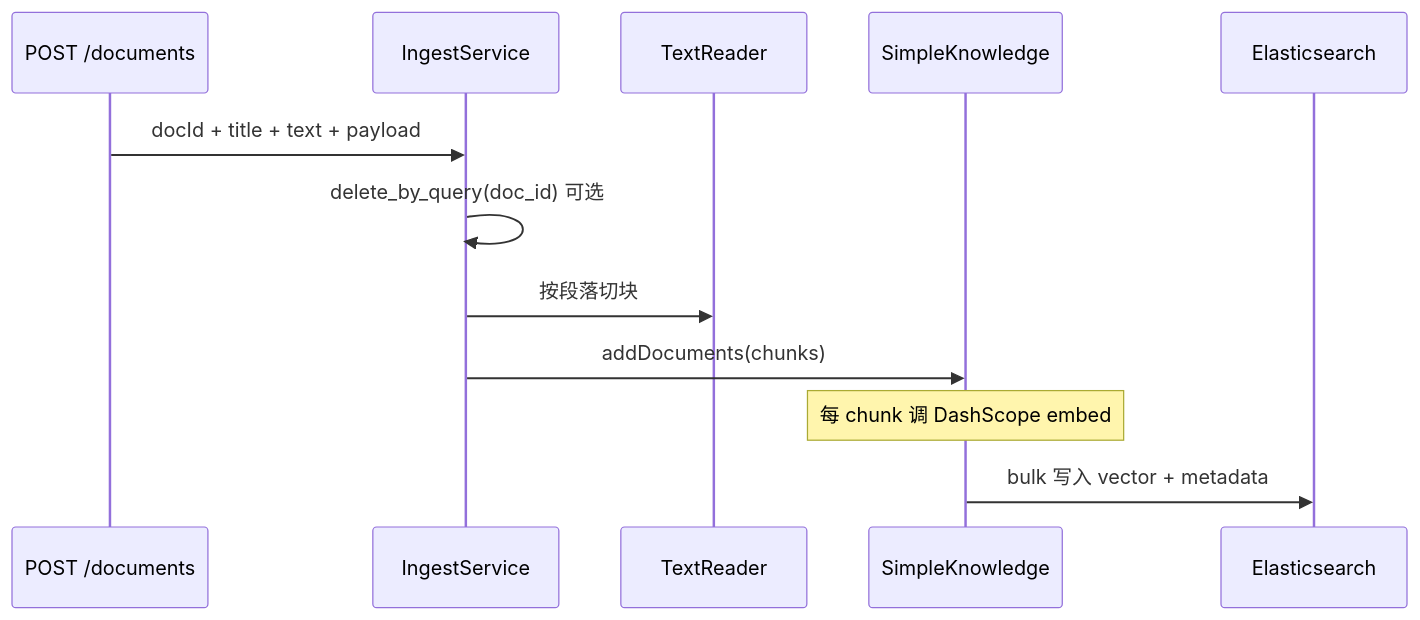
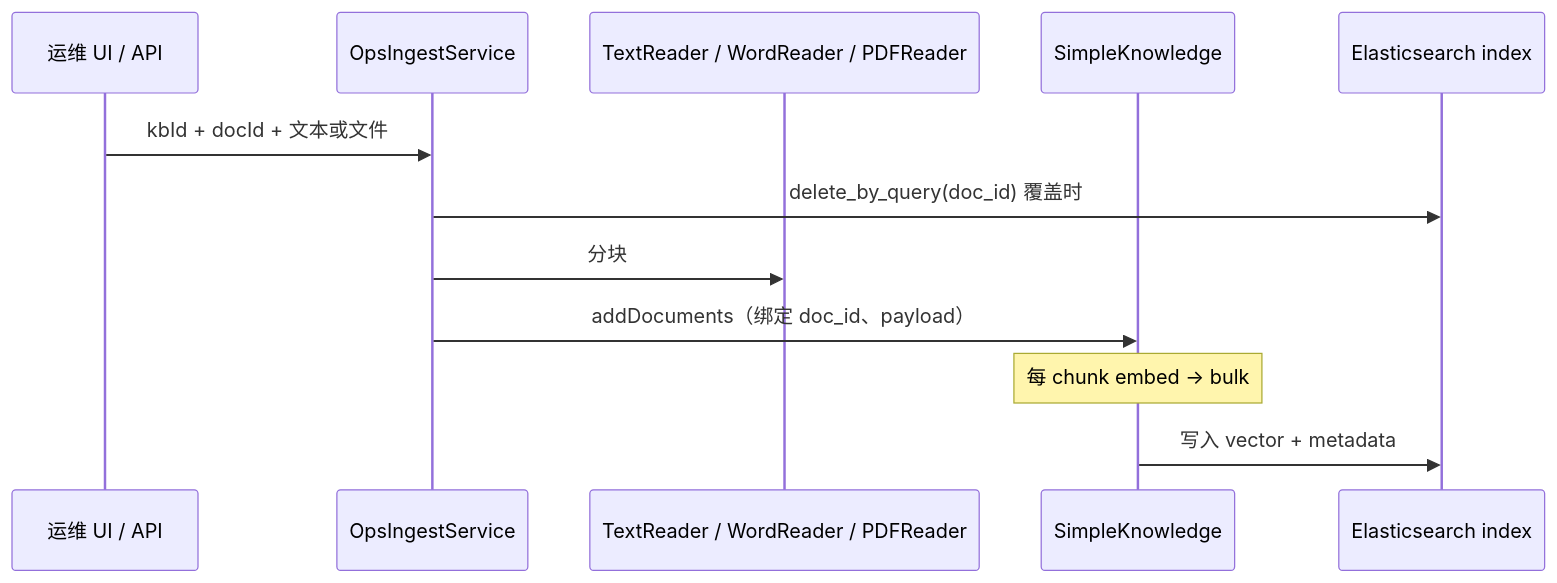
The second of 2 diagrams in README.md (qjli/agentscope-rag-es), drawn with Mermaid before and after one commit. The commit also changed other lines of this file, not shown here.

````diff
--- a/README.md
+++ b/README.md
@@ -84,15 +104,15 @@
 ```mermaid
 sequenceDiagram
-    participant API as POST /documents
-    participant I as IngestService
-    participant R as TextReader
+    participant UI as 运维 UI / API
+    participant O as OpsIngestService
+    participant R as TextReader / WordReader / PDFReader
     participant K as SimpleKnowledge
-    participant ES as Elasticsearch
+    participant ES as Elasticsearch index
 
-    API->>I: docId + title + text + payload
-    I->>I: delete_by_query(doc_id) 可选
-    I->>R: 按段落切块
-    I->>K: addDocuments(chunks)
-    Note over K: 每 chunk 调 DashScope embed
-    K->>ES: bulk 写入 vector + metadata
+    UI->>O: kbId + docId + 文本或文件
+    O->>ES: delete_by_query(doc_id) 覆盖时
+    O->>R: 分块
+    O->>K: addDocuments（绑定 doc_id、payload）
+    Note over K: 每 chunk embed → bulk
+    K->>ES: 写入 vector + metadata
 ```
````
